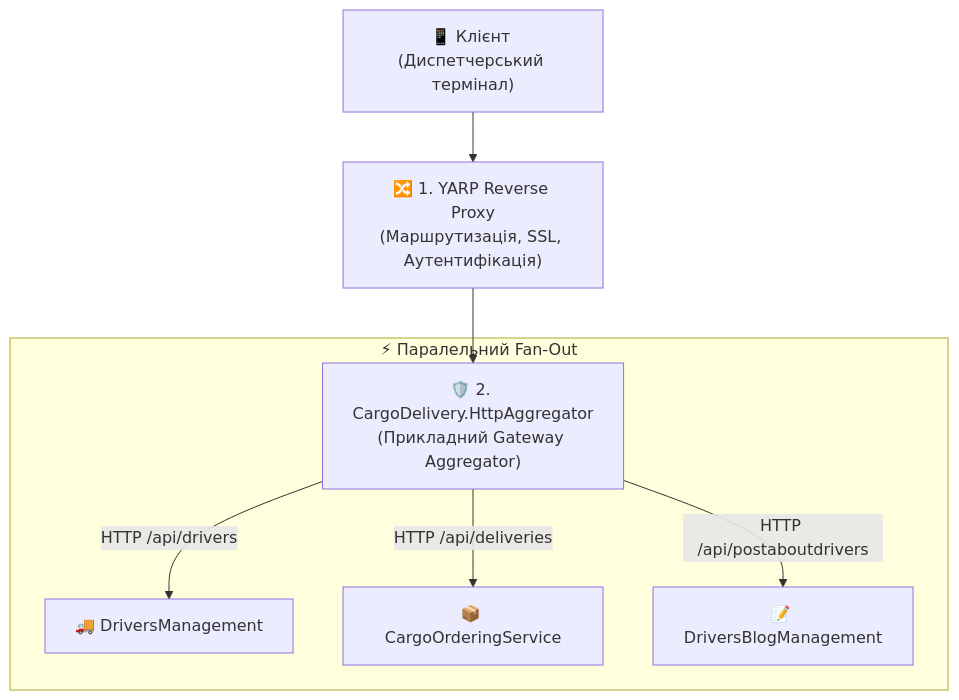
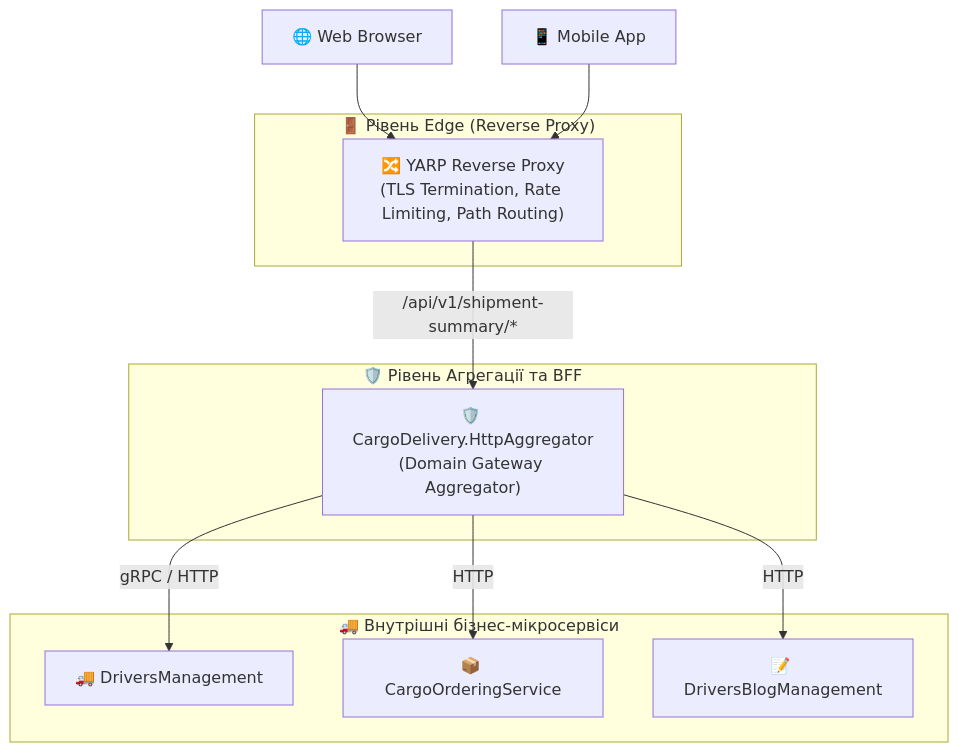
One commit to MrTomkaYurii/Demo-CargoDeliveryService changed the third of 6 diagrams in 02-Microservices-Craftsman/02-01-Aspire-Documentation/03_HttpAggregator_Gateway_Architecture_And_Design.md. Above: the diagram before and after it, drawn with Mermaid. The commit also changed other lines of this file and 5 other files, not shown here.

Commit message:
docs(aspire): expand guides 01-06 into comprehensive masterclass with deep theory, code dissections, and verified mermaid diagrams

````diff
--- a/02-Microservices-Craftsman/02-01-Aspire-Documentation/03_HttpAggregator_Gateway_Architecture_And_Design.md
+++ b/02-Microservices-Craftsman/02-01-Aspire-Documentation/03_HttpAggregator_Gateway_Architecture_And_Design.md
@@ -33,11 +127,19 @@
 ```mermaid
 flowchart TD
-    Client["📱 Клієнт (Диспетчерський термінал)"] --> YARP["🔀 1. YARP Reverse Proxy<br/>(Маршрутизація, SSL, Аутентифікація)"]
-    YARP --> AGG["🛡️ 2. CargoDelivery.HttpAggregator<br/>(Прикладний Gateway Aggregator)"]
+    Browser["🌐 Web Browser"] --> YARP
+    Mobile["📱 Mobile App"] --> YARP
     
-    subgraph FanOut ["⚡ Паралельний Fan-Out"]
-        AGG -->|HTTP /api/drivers| DM["🚚 DriversManagement"]
-        AGG -->|HTTP /api/deliveries| CO["📦 CargoOrderingService"]
-        AGG -->|HTTP /api/postaboutdrivers| DB["📝 DriversBlogManagement"]
+    subgraph EdgeLayer ["🚪 Рівень Edge (Reverse Proxy)"]
+        YARP["🔀 YARP Reverse Proxy<br/>(TLS Termination, Rate Limiting, Path Routing)"]
+    end
+    
+    subgraph AggregationLayer ["🛡️ Рівень Агрегації та BFF"]
+        YARP -->|"/api/v1/shipment-summary/*"| Agg["🛡️ CargoDelivery.HttpAggregator<br/>(Domain Gateway Aggregator)"]
+    end
+    
+    subgraph CoreMicroservices ["🚚 Внутрішні бізнес-мікросервіси"]
+        Agg -->|"gRPC / HTTP"| DM["🚚 DriversManagement"]
+        Agg -->|"HTTP"| CO["📦 CargoOrderingService"]
+        Agg -->|"HTTP"| DB["📝 DriversBlogManagement"]
     end
 ```
````
